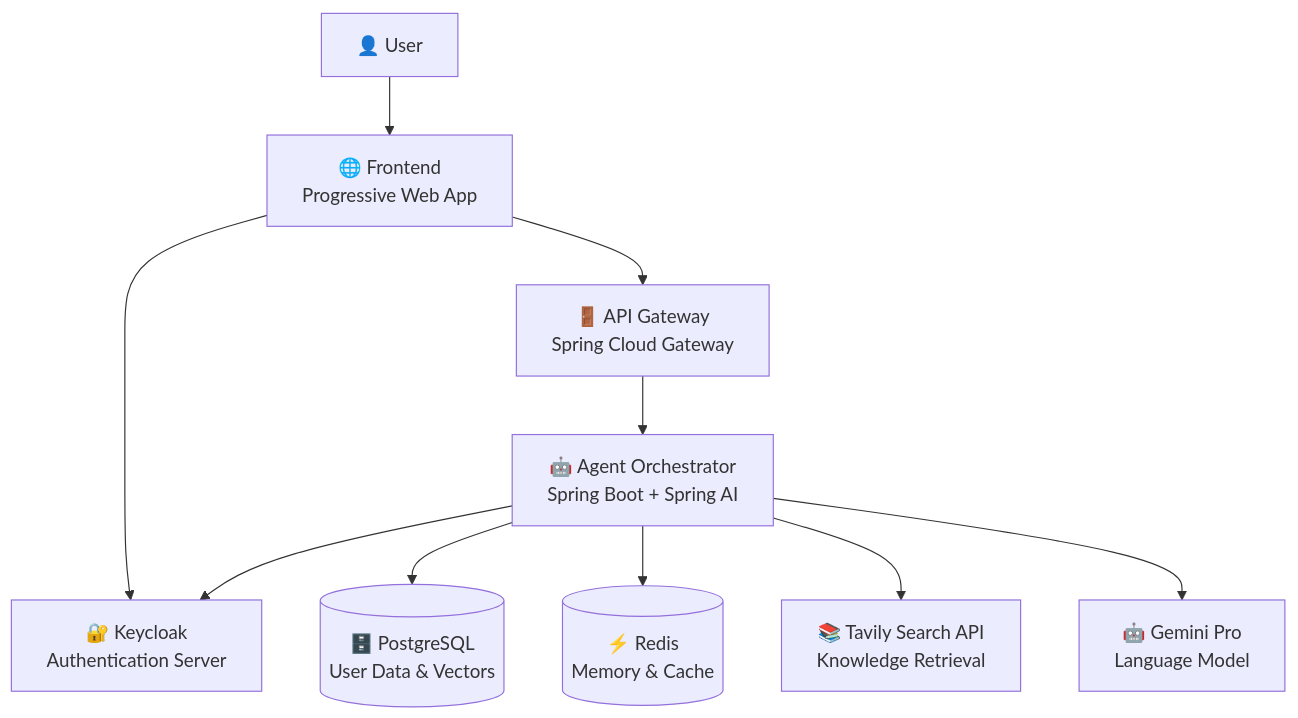
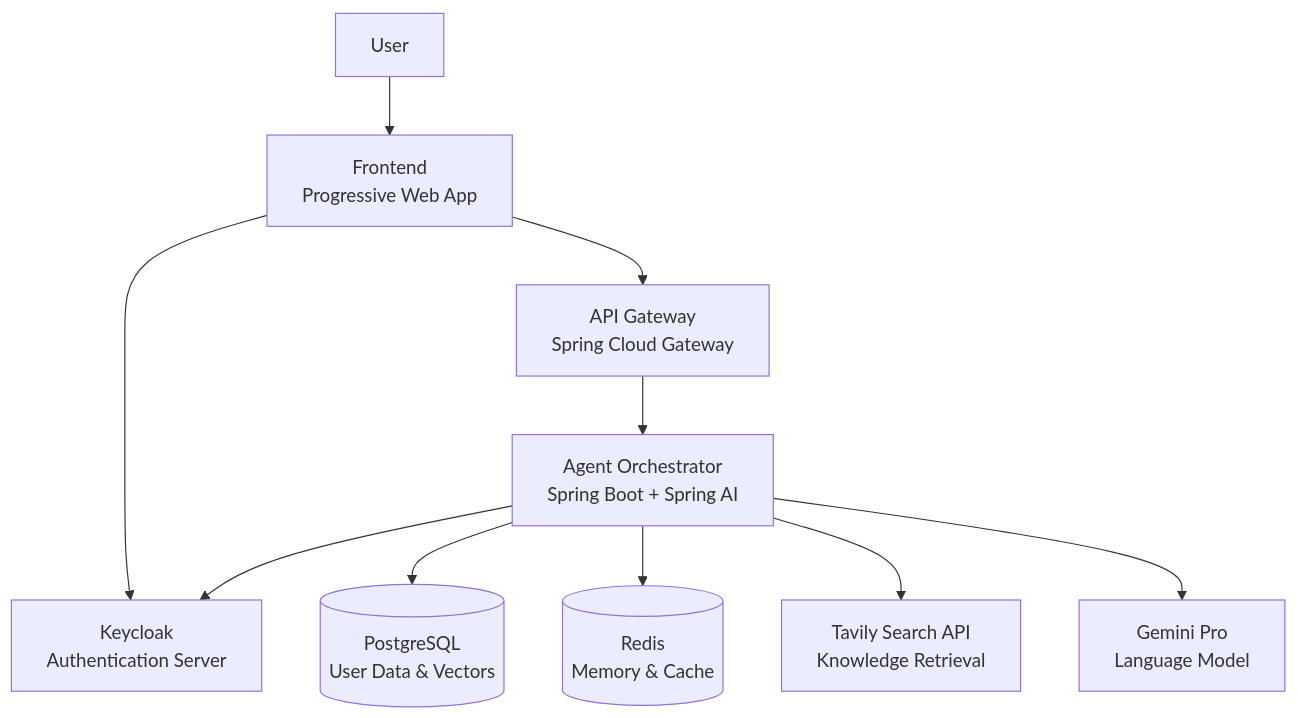
Before and after one commit to peterhonne/MindBridge: the first of 2 diagrams in README.md, drawn with Mermaid. The commit also changed other lines of this file, not shown here.

````diff
--- a/README.md
+++ b/README.md
@@ -47,14 +47,14 @@
 ```mermaid
 graph TB
-    User[👤 User] --> Frontend[🌐 Frontend<br/>Progressive Web App]
-    Frontend --> Auth[🔐 Keycloak<br/>Authentication Server]
-    Frontend --> Gateway[🚪 API Gateway<br/>Spring Cloud Gateway]
+    User[User] --> Frontend[Frontend<br/>Progressive Web App]
+    Frontend --> Auth[Keycloak<br/>Authentication Server]
+    Frontend --> Gateway[API Gateway<br/>Spring Cloud Gateway]
     
-    Gateway --> Orchestrator[🤖 Agent Orchestrator<br/>Spring Boot + Spring AI]
+    Gateway --> Orchestrator[Agent Orchestrator<br/>Spring Boot + Spring AI]
     Orchestrator --> Auth
     
-    Orchestrator --> DB[(🗄️ PostgreSQL<br/>User Data & Vectors)]
-    Orchestrator --> Cache[(⚡ Redis<br/>Memory & Cache)]
-    Orchestrator --> Tavily[📚 Tavily Search API<br/>Knowledge Retrieval]
-    Orchestrator --> LLM[🤖 Gemini Pro<br/>Language Model]
+    Orchestrator --> DB[(PostgreSQL<br/>User Data & Vectors)]
+    Orchestrator --> Cache[(Redis<br/>Memory & Cache)]
+    Orchestrator --> Tavily[Tavily Search API<br/>Knowledge Retrieval]
+    Orchestrator --> LLM[Gemini Pro<br/>Language Model]
 ```
````
